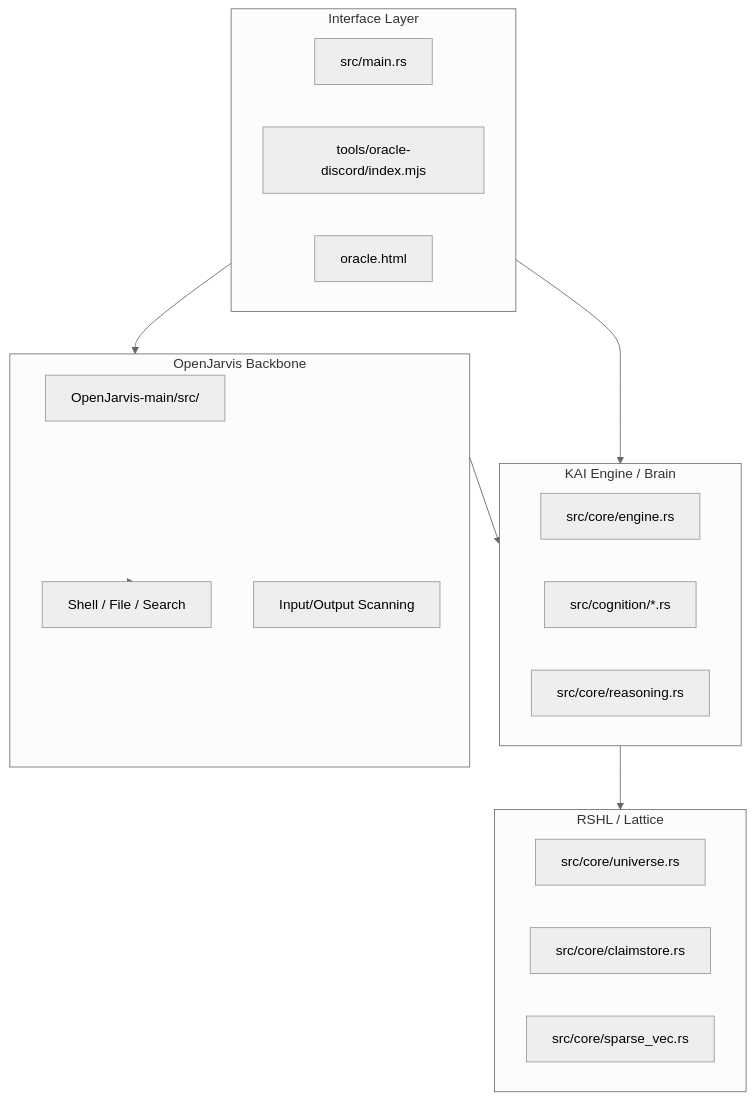
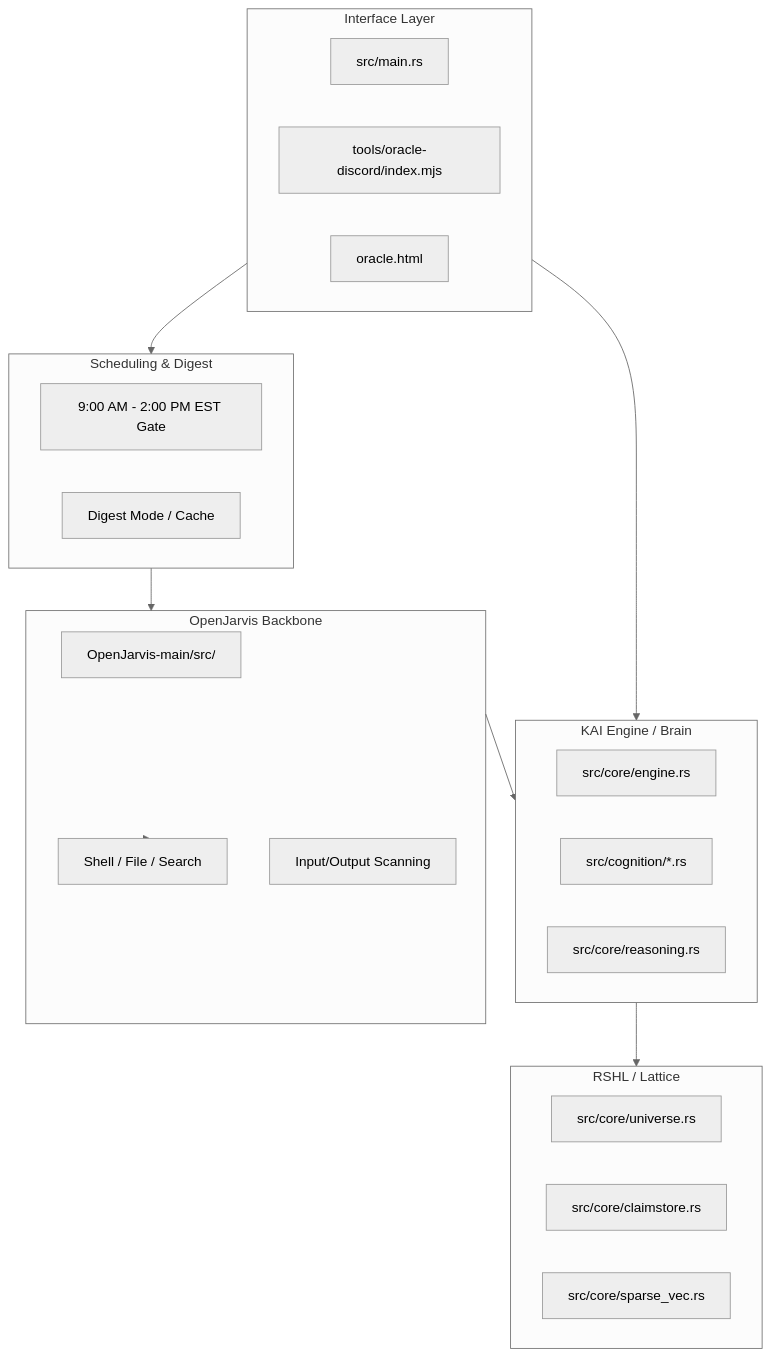
The diagram in ARCHITECTURE.md (revrynpanda-max/rshl), drawn with Mermaid (neutral theme) before and after one commit. The commit also changed other lines of this file and 55 other files, not shown here.

Commit message:
feat(sovereign): promotion to v6.7.0 — Unified Sovereign Architecture (Clean Release)

````diff
--- a/ARCHITECTURE.md
+++ b/ARCHITECTURE.md
@@ -7,32 +7,38 @@
 ```mermaid
 graph TD
     subgraph UI_Layer [Interface Layer]
         TUI[src/main.rs]
         Discord[tools/oracle-discord/index.mjs]
         Web[oracle.html]
+    end
+
+    subgraph Temporal_Layer [Scheduling & Digest]
+        Gating[9:00 AM - 2:00 PM EST Gate]
+        Digest[Digest Mode / Cache]
     end
 
     subgraph Executive_Layer [OpenJarvis Backbone]
         JarvisCore[OpenJarvis-main/src/]
         Tools[Shell / File / Search]
         Security[Input/Output Scanning]
     end
 
     subgraph Cognitive_Layer [KAI Engine / Brain]
         Engine[src/core/engine.rs]
         Modules[src/cognition/*.rs]
         Reasoning[src/core/reasoning.rs]
     end
 
     subgraph Memory_Layer [RSHL / Lattice]
         Universe[src/core/universe.rs]
         ClaimStore[src/core/claimstore.rs]
         SparseVec[src/core/sparse_vec.rs]
     end
 
-    UI_Layer --> Executive_Layer
+    UI_Layer --> Temporal_Layer
+    Temporal_Layer --> Executive_Layer
     UI_Layer --> Cognitive_Layer
     Executive_Layer --> Cognitive_Layer
     Cognitive_Layer --> Memory_Layer
     Executive_Layer --> Tools
 ```
````
